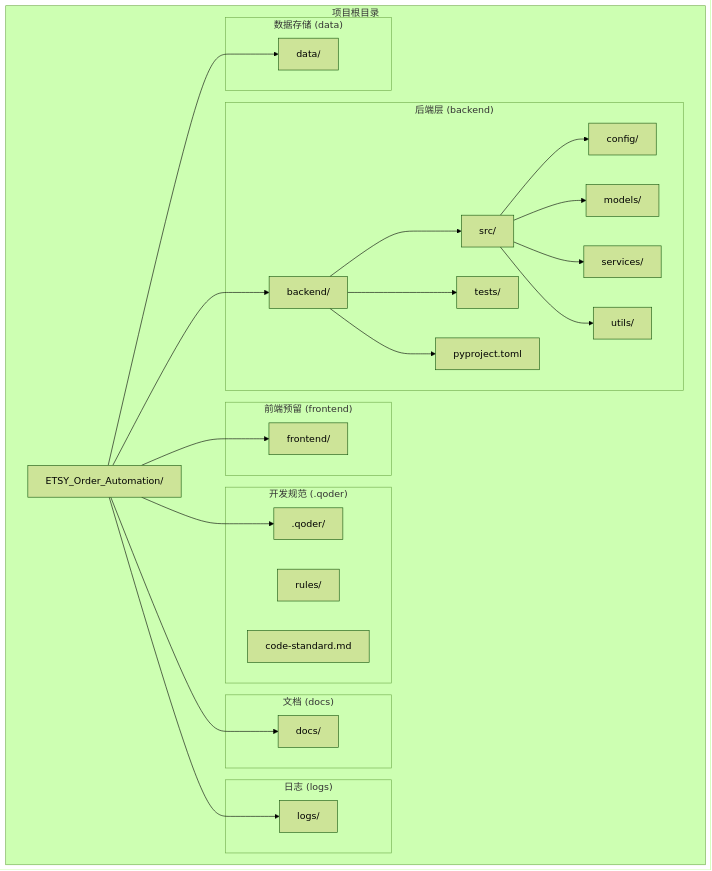
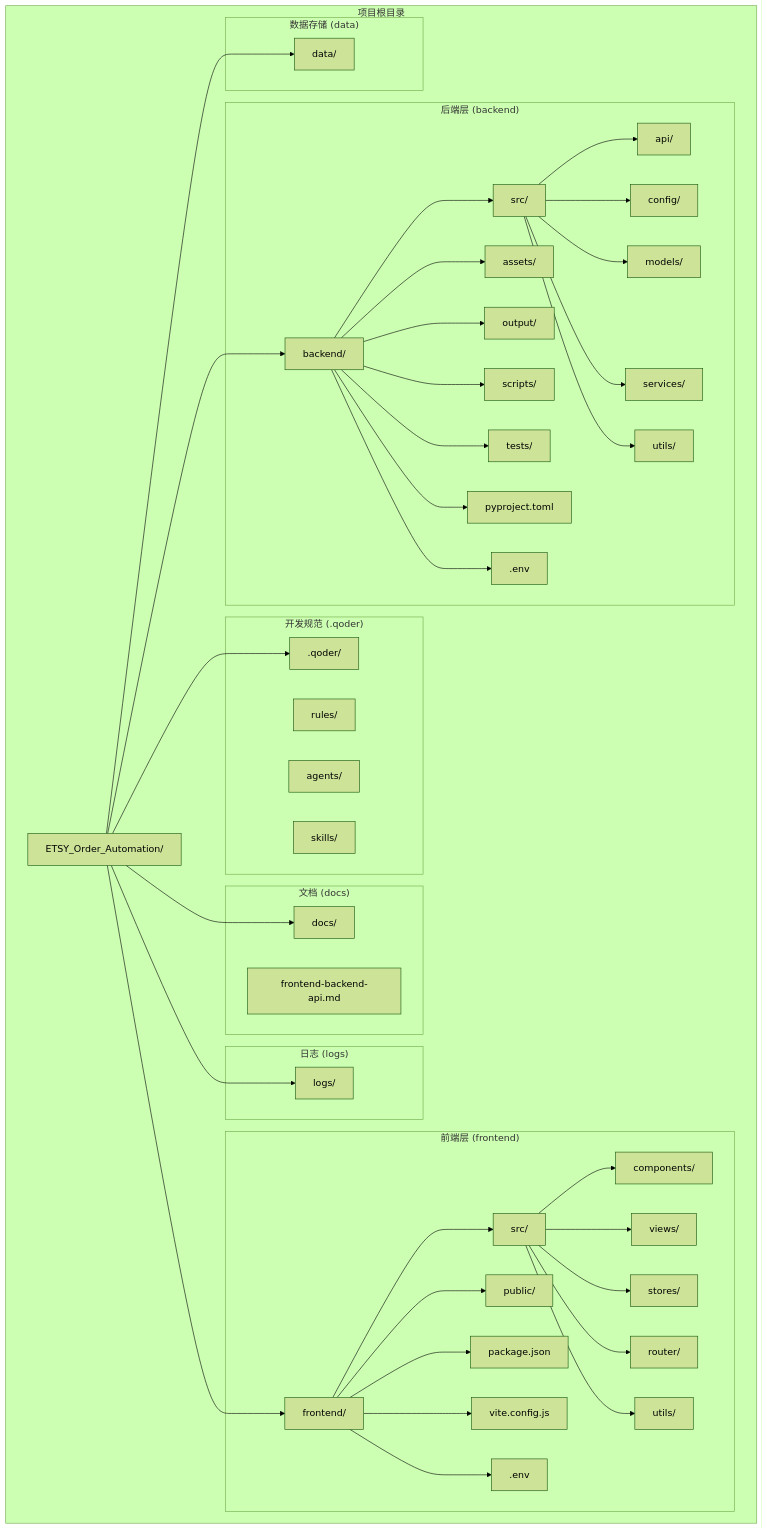
One commit to SY6621/POD-Order-Management changed the first of 6 diagrams in .qoder/repowiki/zh/content/项目结构详解.md. Above: the diagram before and after it, drawn with Mermaid (forest theme). The commit also changed other lines of this file and 263 other files, not shown here.

````diff
--- a/.qoder/repowiki/zh/content/项目结构详解.md
+++ b/.qoder/repowiki/zh/content/项目结构详解.md
@@ -31,46 +52,78 @@
 ```mermaid
 graph TB
 subgraph "项目根目录"
-Root[ETSY_Order_Automation/]
+Root["ETSY_Order_Automation/"]
 subgraph "后端层 (backend)"
-Backend[backend/]
-Src[src/]
-Config[config/]
-Models[models/]
-Services[services/]
-Utils[utils/]
-Tests[tests/]
-PyProject[pyproject.toml]
+Backend["backend/"]
+Src["src/"]
+Api["api/"]
+Config["config/"]
+Models["models/"]
+Services["services/"]
+Utils["utils/"]
+Assets["assets/"]
+Output["output/"]
+Scripts["scripts/"]
+Tests["tests/"]
+PyProject["pyproject.toml"]
+Env[".env"]
 end
-subgraph "前端预留 (frontend)"
-Frontend[frontend/]
+subgraph "前端层 (frontend)"
+Frontend["frontend/"]
+SrcFrontend["src/"]
+Components["components/"]
+Views["views/"]
+Stores["stores/"]
+Router["router/"]
+UtilsFrontend["utils/"]
+Public["public/"]
+Package["package.json"]
+Vite["vite.config.js"]
+EnvFrontend[".env"]
 end
 subgraph "开发规范 (.qoder)"
-Qoder[.qoder/]
-Rules[rules/]
-CodeStandard[code-standard.md]
+Qoder[".qoder/"]
+Rules["rules/"]
+Agents["agents/"]
+Skills["skills/"]
 end
 subgraph "文档 (docs)"
-Docs[docs/]
+Docs["docs/"]
+ApiDoc["frontend-backend-api.md"]
 end
 subgraph "日志 (logs)"
-Logs[logs/]
+Logs["logs/"]
 end
 subgraph "数据存储 (data)"
-Data[data/]
+Data["data/"]
 end
 end
 Root --> Backend
 Root --> Frontend
 Root --> Qoder
 Root --> Docs
 Root --> Logs
 Root --> Data
 Backend --> Src
+Src --> Api
 Src --> Config
 Src --> Models
 Src --> Services
 Src --> Utils
+Backend --> Assets
+Backend --> Output
+Backend --> Scripts
 Backend --> Tests
 Backend --> PyProject
+Backend --> Env
+Frontend --> SrcFrontend
+SrcFrontend --> Components
+SrcFrontend --> Views
+SrcFrontend --> Stores
+SrcFrontend --> Router
+SrcFrontend --> UtilsFrontend
+Frontend --> Public
+Frontend --> Package
+Frontend --> Vite
+Frontend --> EnvFrontend
 ```
````
